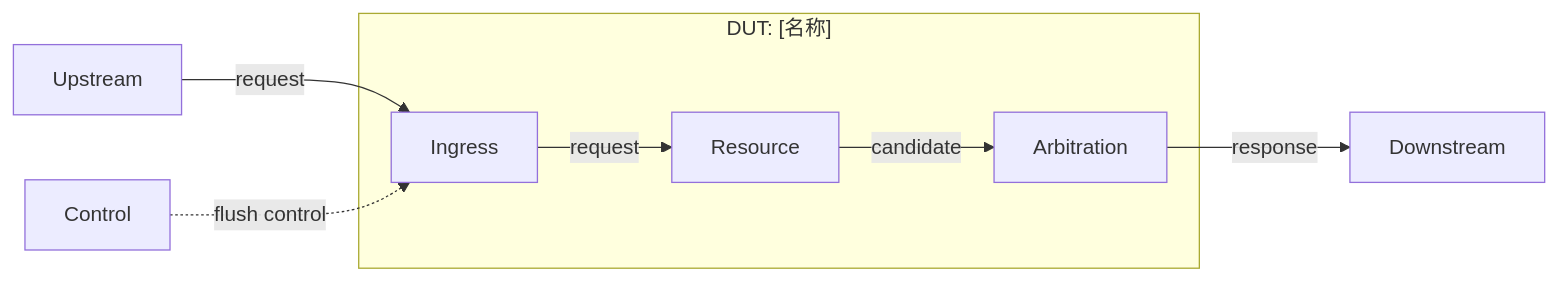
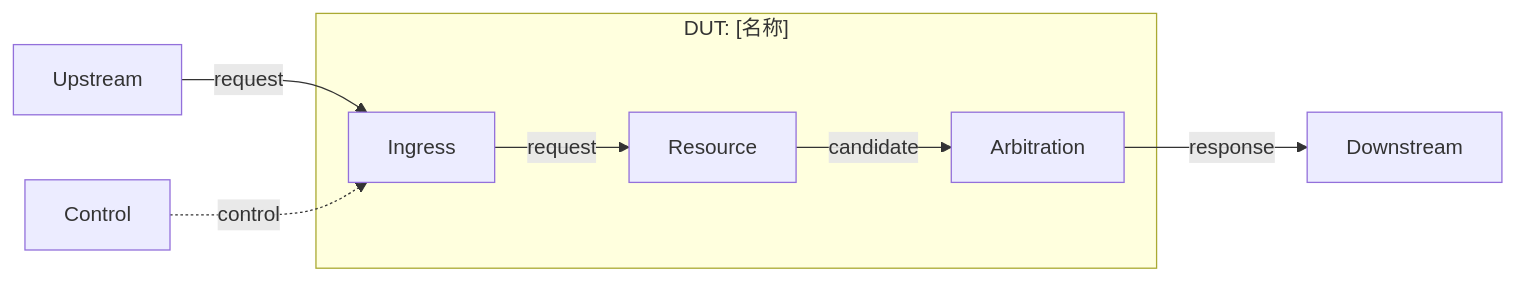
One commit to XS-MLVP/spec_generator changed the diagram in templates/chip-design-document/chip_design_document_template_zh.md. Above: the diagram before and after it, drawn with Mermaid. The commit also changed other lines of this file and 22 other files, not shown here.

````diff
--- a/templates/chip-design-document/chip_design_document_template_zh.md
+++ b/templates/chip-design-document/chip_design_document_template_zh.md
@@ -142,16 +38,16 @@
 ```mermaid
 flowchart LR
     U[Upstream]
     D[Downstream]
     C[Control]
     subgraph DUT["DUT: [名称]"]
         IN[Ingress]
         RES[Resource]
         ARB[Arbitration]
         IN -->|request| RES
         RES -->|candidate| ARB
     end
     U -->|request| IN
     ARB -->|response| D
-    C -.->|flush control| IN
+    C -.->|control| IN
 ```
````
